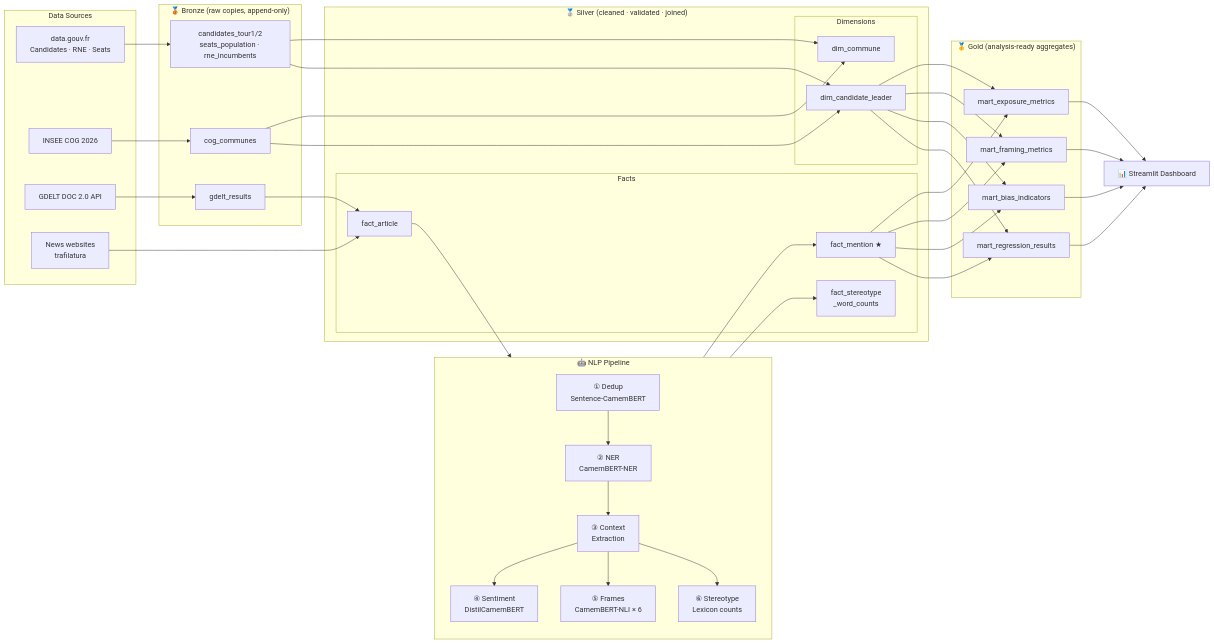
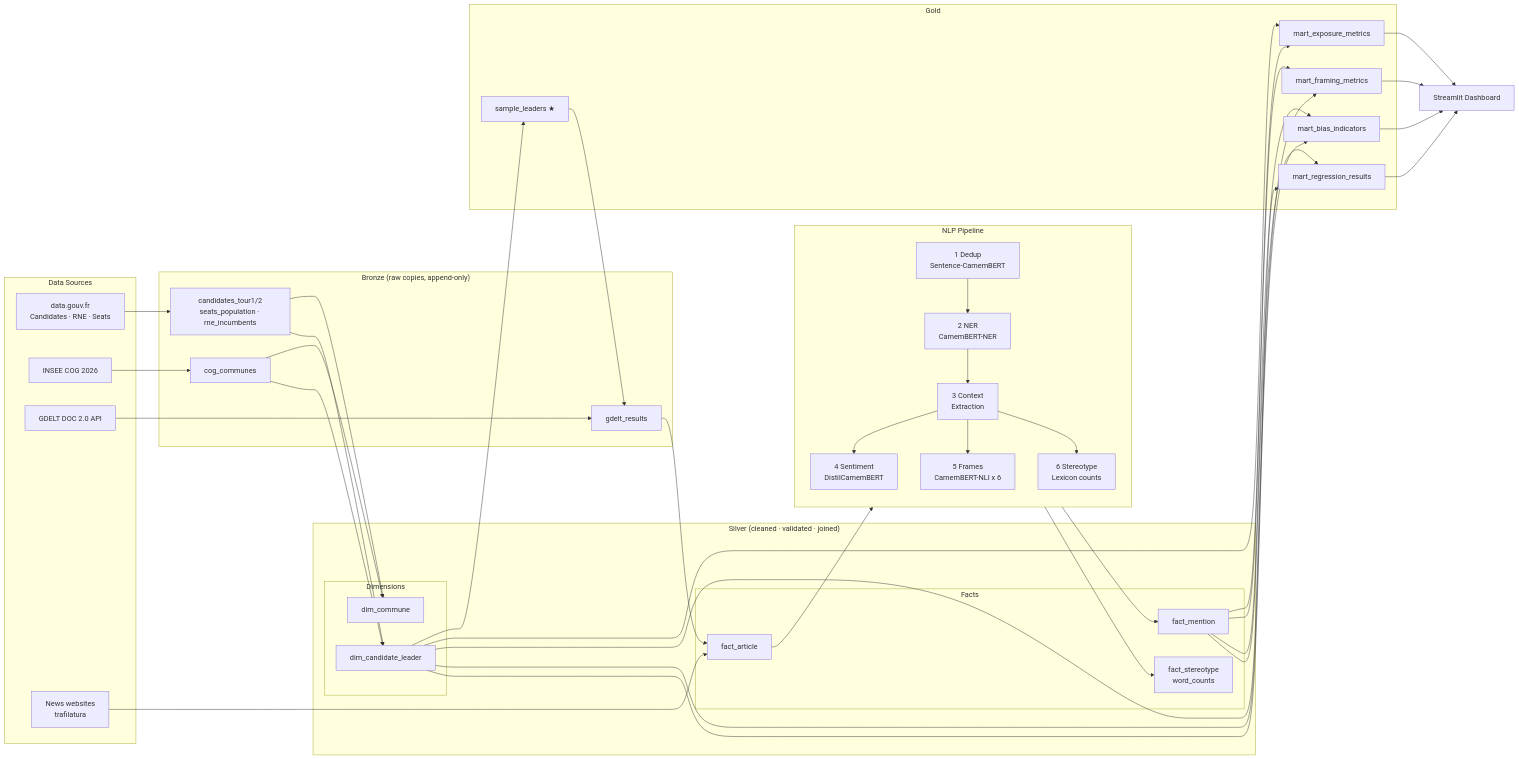
One commit to cchoooots98/election-gender-bias_D4W changed the first of 2 diagrams in docs/architecture.md. Above: the diagram before and after it, drawn with Mermaid. The commit also changed other lines of this file and 25 other files, not shown here.

````diff
--- a/docs/architecture.md
+++ b/docs/architecture.md
@@ -12,58 +26,61 @@
 ```mermaid
 flowchart LR
     subgraph SRC["Data Sources"]
-        A1["data.gouv.fr\nCandidates · RNE · Seats"]
+        A1["data.gouv.fr<br>Candidates · RNE · Seats"]
         A2["INSEE COG 2026"]
         A3["GDELT DOC 2.0 API"]
-        A4["News websites\ntrafilatura"]
+        A4["News websites<br>trafilatura"]
     end
 
-    subgraph BRZ["🥉 Bronze  (raw copies, append-only)"]
-        B1["candidates_tour1/2\nseats_population · rne_incumbents"]
+    subgraph BRZ["Bronze (raw copies, append-only)"]
+        B1["candidates_tour1/2<br>seats_population · rne_incumbents"]
         B2["cog_communes"]
         B3["gdelt_results"]
     end
 
-    subgraph SLV["🥈 Silver  (cleaned · validated · joined)"]
+    subgraph SLV["Silver (cleaned · validated · joined)"]
         subgraph DIMS["Dimensions"]
             D1["dim_commune"]
             D2["dim_candidate_leader"]
         end
         subgraph FACTS["Facts"]
             F1["fact_article"]
-            F2["fact_mention ★"]
-            F3["fact_stereotype\n_word_counts"]
+            F2["fact_mention"]
+            F3["fact_stereotype<br>word_counts"]
         end
     end
 
-    subgraph NLP["🤖 NLP Pipeline"]
-        N1["① Dedup\nSentence-CamemBERT"]
-        N2["② NER\nCamemBERT-NER"]
-        N3["③ Context\nExtraction"]
-        N4["④ Sentiment\nDistilCamemBERT"]
-        N5["⑤ Frames\nCamemBERT-NLI × 6"]
-        N6["⑥ Stereotype\nLexicon counts"]
+    subgraph NLP["NLP Pipeline"]
+        N1["1 Dedup<br>Sentence-CamemBERT"]
+        N2["2 NER<br>CamemBERT-NER"]
+        N3["3 Context<br>Extraction"]
+        N4["4 Sentiment<br>DistilCamemBERT"]
+        N5["5 Frames<br>CamemBERT-NLI x 6"]
+        N6["6 Stereotype<br>Lexicon counts"]
         N1 --> N2 --> N3 --> N4 & N5 & N6
     end
 
-    subgraph GLD["🥇 Gold  (analysis-ready aggregates)"]
+    subgraph GLD["Gold"]
+        G0["sample_leaders ★"]
         G1["mart_exposure_metrics"]
         G2["mart_framing_metrics"]
         G3["mart_bias_indicators"]
         G4["mart_regression_results"]
     end
 
     A1 --> B1
     A2 --> B2
     A3 --> B3
     A4 --> F1
 
     B1 & B2 --> D1 & D2
+    D2 --> G0
+    G0 --> B3
     B3 --> F1
 
     F1 --> NLP
     NLP --> F2 & F3
 
     D2 & F2 --> G1 & G2 & G3 & G4
-    G1 & G2 & G3 & G4 --> DASH["📊 Streamlit Dashboard"]
+    G1 & G2 & G3 & G4 --> DASH["Streamlit Dashboard"]
 ```
````
